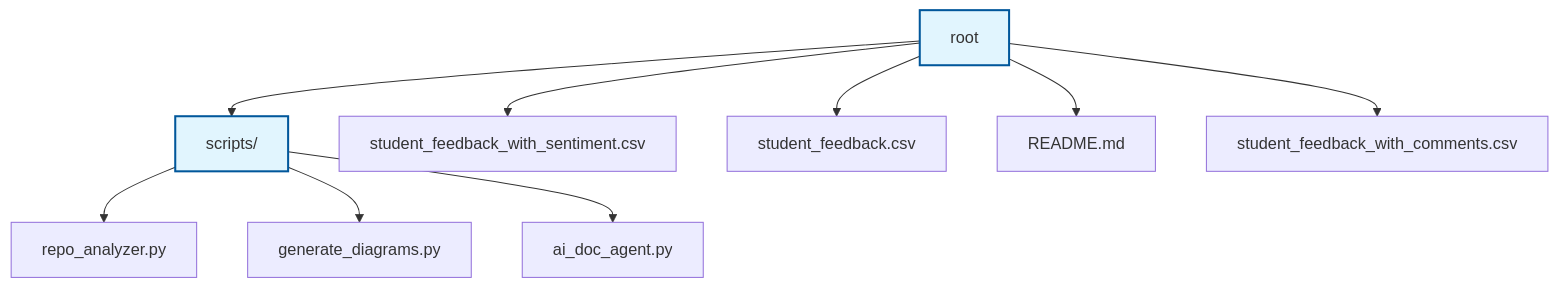
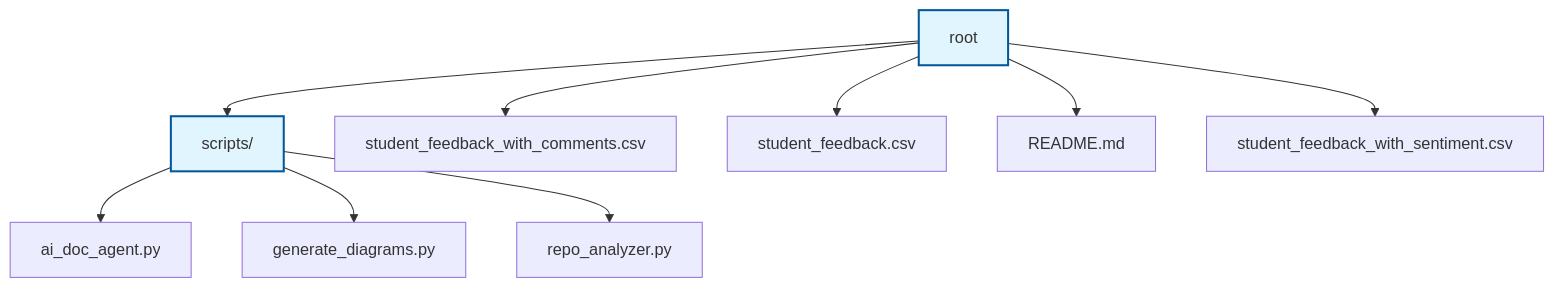
One commit to NITISH-R-G/FUTURE_DS_03 changed the diagram in README.md. Above: the diagram before and after it, drawn with Mermaid.

Commit message:
docs: auto-update repository documentation and diagrams

````diff
--- a/README.md
+++ b/README.md
@@ -47,29 +47,29 @@
 ```mermaid
 graph TD
     node0["root"]:::folder
     node1["scripts/"]:::folder
     node0 --> node1
-    node2["student_feedback_with_sentiment.csv"]
+    node2["student_feedback_with_comments.csv"]
     node0 --> node2
     node3["student_feedback.csv"]
     node0 --> node3
     node4["README.md"]
     node0 --> node4
-    node5["student_feedback_with_comments.csv"]
+    node5["student_feedback_with_sentiment.csv"]
     node0 --> node5
-    node6["repo_analyzer.py"]
+    node6["ai_doc_agent.py"]
     node1 --> node6
     node7["generate_diagrams.py"]
     node1 --> node7
-    node8["ai_doc_agent.py"]
+    node8["repo_analyzer.py"]
     node1 --> node8
     classDef folder fill:#e1f5fe,stroke:#01579b,stroke-width:2px;
     click node1 "scripts" "View scripts"
-    click node2 "student_feedback_with_sentiment.csv" "View student_feedback_with_sentiment.csv"
+    click node2 "student_feedback_with_comments.csv" "View student_feedback_with_comments.csv"
     click node3 "student_feedback.csv" "View student_feedback.csv"
     click node4 "README.md" "View README.md"
-    click node5 "student_feedback_with_comments.csv" "View student_feedback_with_comments.csv"
-    click node6 "scripts/repo_analyzer.py" "View repo_analyzer.py"
+    click node5 "student_feedback_with_sentiment.csv" "View student_feedback_with_sentiment.csv"
+    click node6 "scripts/ai_doc_agent.py" "View ai_doc_agent.py"
     click node7 "scripts/generate_diagrams.py" "View generate_diagrams.py"
-    click node8 "scripts/ai_doc_agent.py" "View ai_doc_agent.py"
+    click node8 "scripts/repo_analyzer.py" "View repo_analyzer.py"
 ```
````
